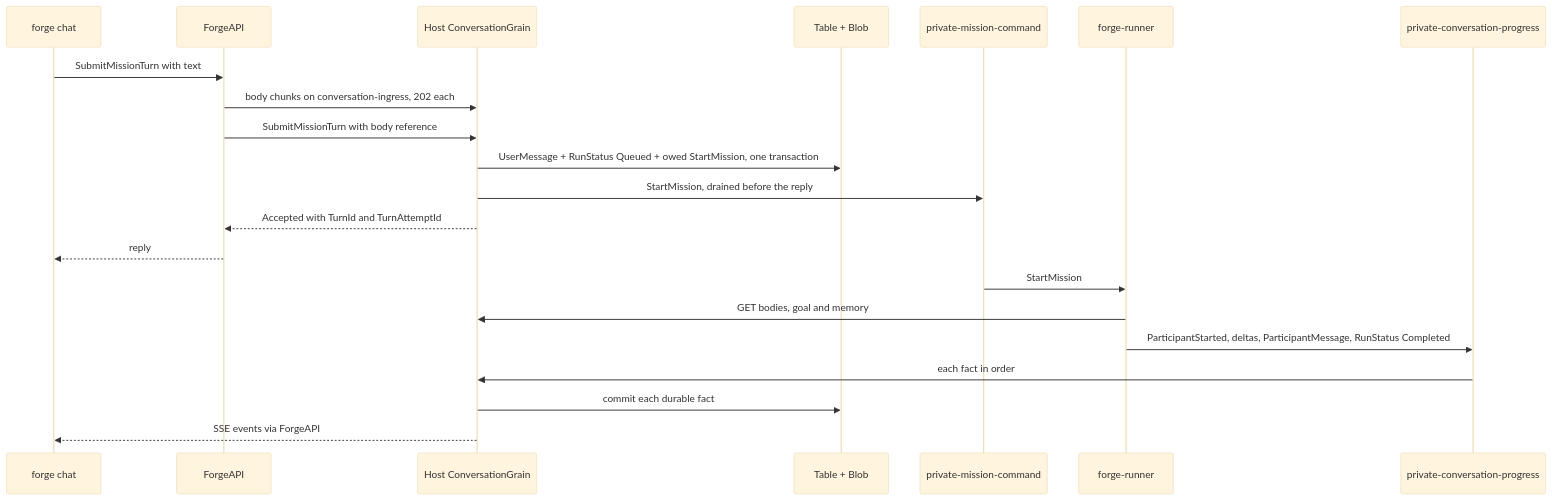
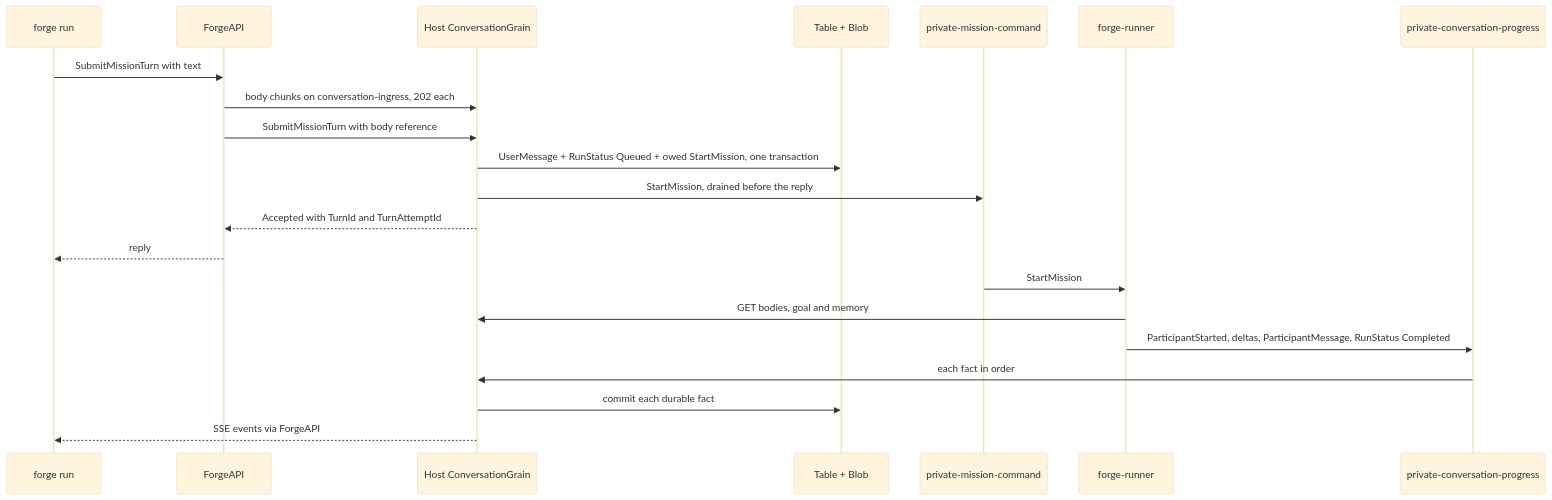
The second of 14 diagrams in docs/design/how-conversations-work.md (katasec/mission-control-language), drawn with Mermaid (base theme) before and after one commit. The commit also changed other lines of this file and 711 other files, not shown here.

````diff
--- a/docs/design/how-conversations-work.md
+++ b/docs/design/how-conversations-work.md
@@ -56,23 +69,23 @@
 ```mermaid
 sequenceDiagram
-  participant C as forge chat
+  participant C as forge run
   participant A as ForgeAPI
   participant H as Host ConversationGrain
   participant S as Table + Blob
   participant MC as private-mission-command
   participant R as forge-runner
   participant PQ as private-conversation-progress
   C->>A: SubmitMissionTurn with text
   A->>H: body chunks on conversation-ingress, 202 each
   A->>H: SubmitMissionTurn with body reference
   H->>S: UserMessage + RunStatus Queued + owed StartMission, one transaction
   H->>MC: StartMission, drained before the reply
   H-->>A: Accepted with TurnId and TurnAttemptId
   A-->>C: reply
   MC->>R: StartMission
   R->>H: GET bodies, goal and memory
   R->>PQ: ParticipantStarted, deltas, ParticipantMessage, RunStatus Completed
   PQ->>H: each fact in order
   H->>S: commit each durable fact
   H-->>C: SSE events via ForgeAPI
 ```
````
